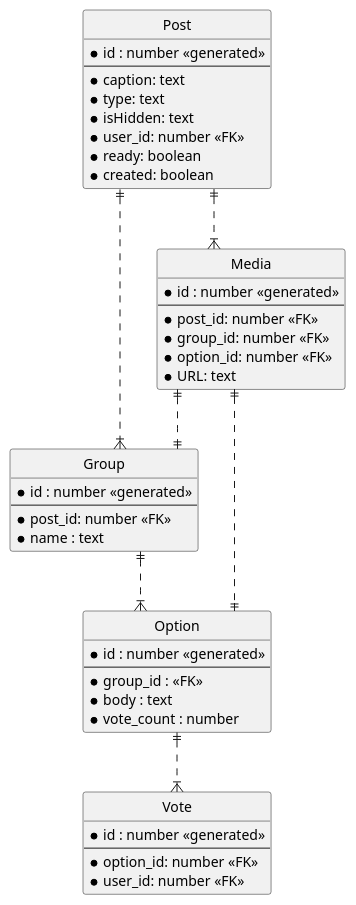
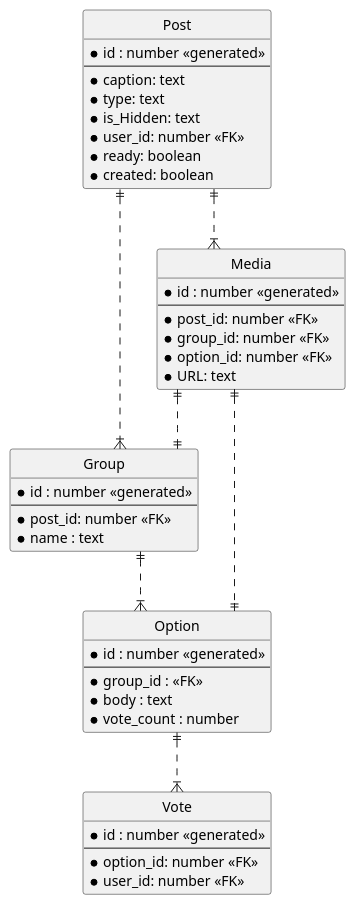
Before and after one commit to saifaldin/diagrams: the diagram in services_diagrams_databases/post/post.database.plantuml, drawn with PlantUML. The commit also changed 1 other file, not shown here.

Commit message:
modify post database diagram & update createPost diagram

```diff
--- a/services_diagrams_databases/post/post.database.plantuml
+++ b/services_diagrams_databases/post/post.database.plantuml
@@ -1,59 +1,59 @@
 @startuml posts_database
 ' hide the spot
 hide circle
 
 ' avoid problems with angled crows feet
 skinparam linetype ortho
 
 entity "Post" as post {
     *id : number <<generated>>
     --
     *caption: text
     *type: text
-    *isHidden: text
+    *is_Hidden: text
     *user_id: number <<FK>>
     *ready: boolean
     *created: boolean
 }
 
 entity "Media" as media {
     *id : number <<generated>>
     --
     *post_id: number <<FK>>
     *group_id: number <<FK>>
     *option_id: number <<FK>>
     *URL: text
 }
 
 entity "Group" as group {
     *id : number <<generated>>
     --
     *post_id: number <<FK>>
     *name : text
 }
 
 entity "Option" as option {
     *id : number <<generated>>
     --
     'content column is just text content of the text options
     'images are requested from media service by post id
     *group_id : <<FK>>
     *body : text
     *vote_count : number
 }
 
 entity "Vote" as vote {
     *id : number <<generated>>
     --
     *option_id: number <<FK>>
     *user_id: number <<FK>>
 }
 
 post ||..|{ media
 post ||..|{ group
 group ||..|{ option
 option ||..|{ vote
 media ||..|| option
 media ||..|| group
 
 @enduml
```
